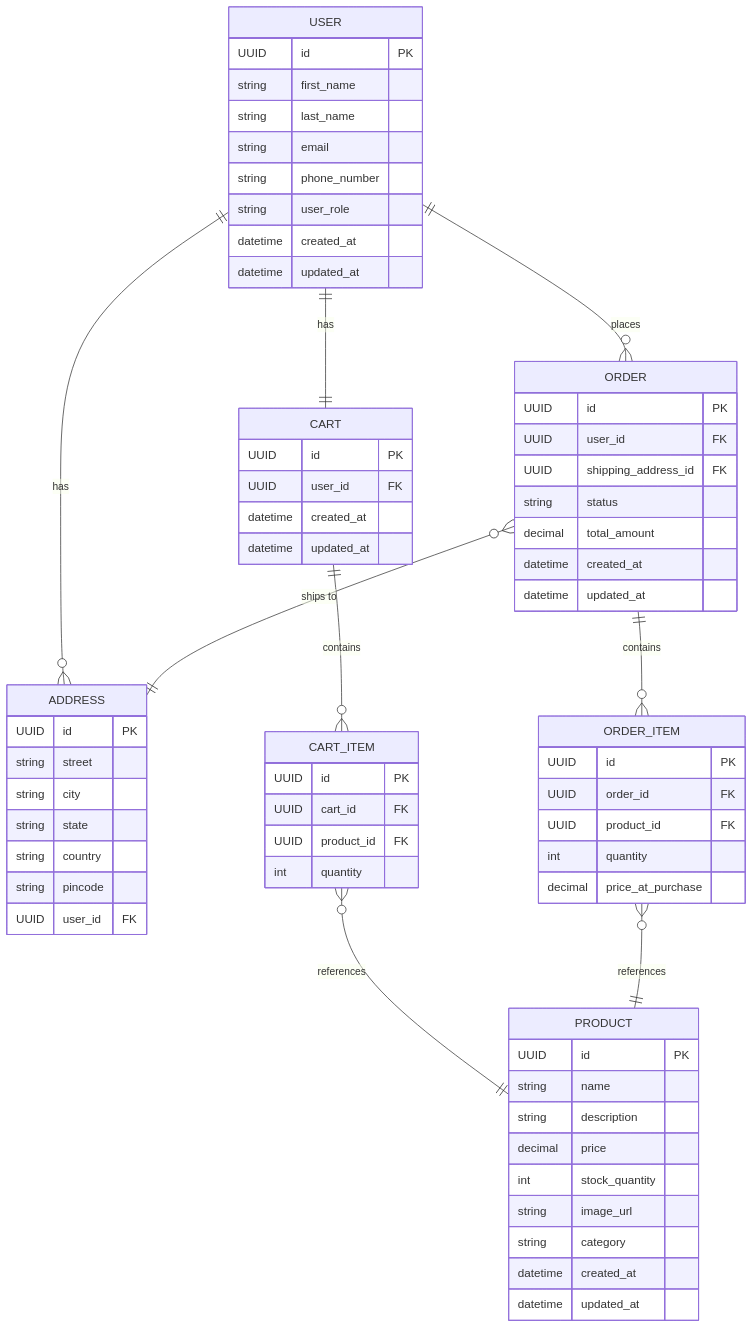
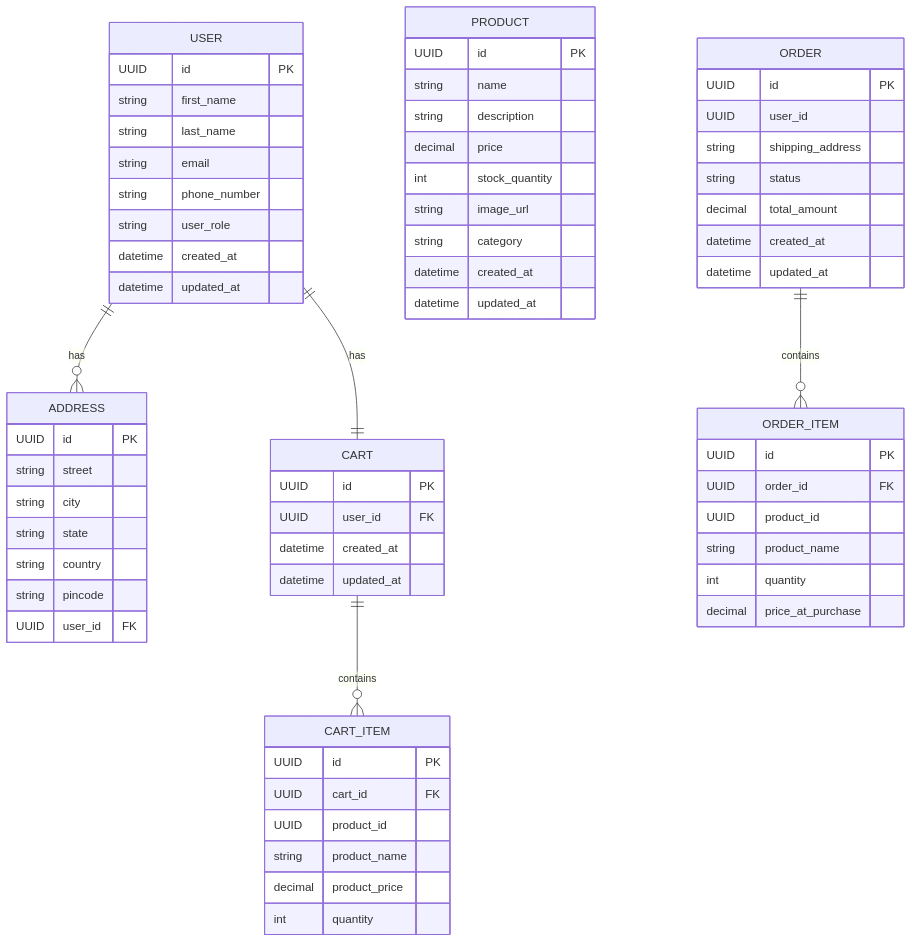
The diagram in README.md (bhuvanesh-kp/Ecommerce-Application), drawn with Mermaid before and after one commit. The commit also changed other lines of this file and 88 other files, not shown here.

Commit message:
modification: Project refactored to microserive architecture

````diff
--- a/README.md
+++ b/README.md
@@ -57,76 +69,75 @@
 ```mermaid
 erDiagram
     USER {
         UUID id PK
         string first_name
         string last_name
         string email
         string phone_number
         string user_role
         datetime created_at
         datetime updated_at
     }
 
     ADDRESS {
         UUID id PK
         string street
         string city
         string state
         string country
         string pincode
         UUID user_id FK
     }
 
     PRODUCT {
         UUID id PK
         string name
         string description
         decimal price
         int stock_quantity
         string image_url
         string category
         datetime created_at
         datetime updated_at
     }
 
     CART {
         UUID id PK
         UUID user_id FK
         datetime created_at
         datetime updated_at
     }
 
     CART_ITEM {
         UUID id PK
         UUID cart_id FK
-        UUID product_id FK
+        UUID product_id
+        string product_name
+        decimal product_price
         int quantity
     }
 
     ORDER {
         UUID id PK
-        UUID user_id FK
-        UUID shipping_address_id FK
+        UUID user_id
+        string shipping_address
         string status
         decimal total_amount
         datetime created_at
         datetime updated_at
     }
 
     ORDER_ITEM {
         UUID id PK
         UUID order_id FK
-        UUID product_id FK
+        UUID product_id
+        string product_name
         int quantity
         decimal price_at_purchase
     }
 
     USER ||--o{ ADDRESS : "has"
     USER ||--|| CART : "has"
-    USER ||--o{ ORDER : "places"
     CART ||--o{ CART_ITEM : "contains"
-    CART_ITEM }o--|| PRODUCT : "references"
     ORDER ||--o{ ORDER_ITEM : "contains"
-    ORDER_ITEM }o--|| PRODUCT : "references"
-    ORDER }o--|| ADDRESS : "ships to"
 ```
````
